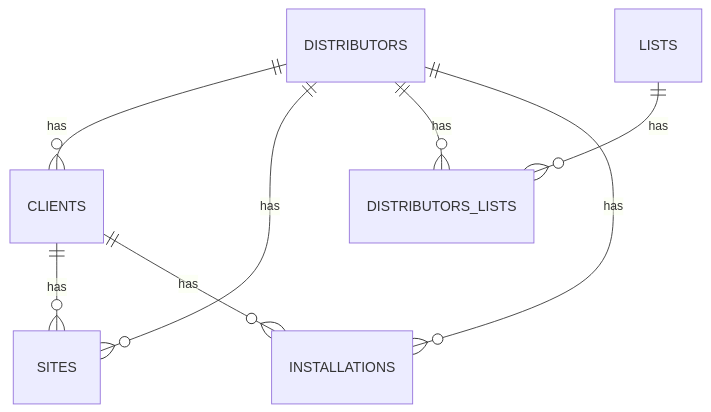
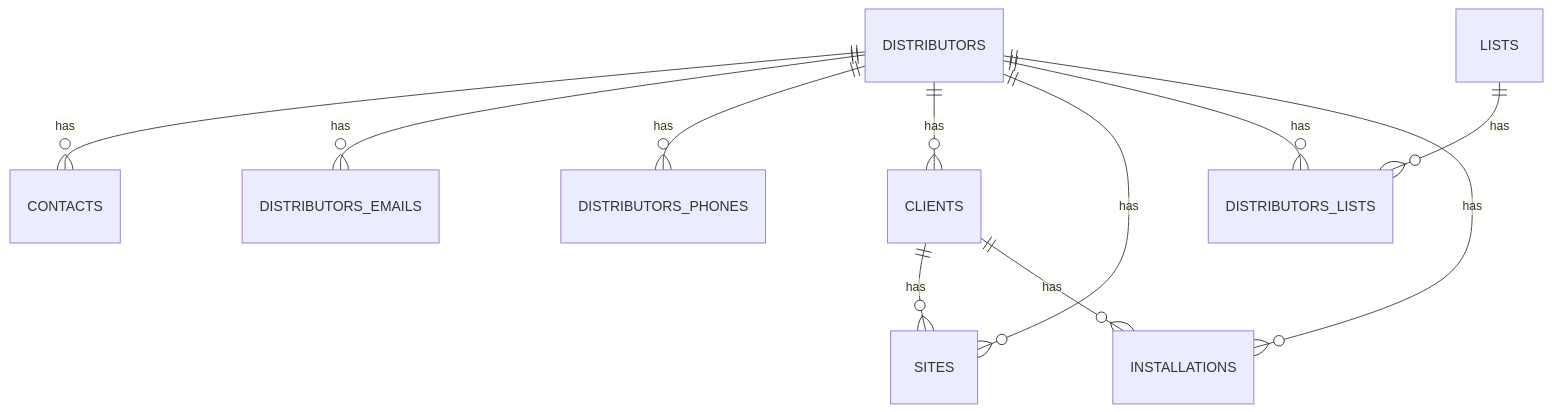
One commit to Juandiego001/lab-dental changed the second of 36 diagrams in docs/db/db.md. Above: the diagram before and after it, drawn with Mermaid. The commit also changed other lines of this file and 82 other files, not shown here.

````diff
--- a/docs/db/db.md
+++ b/docs/db/db.md
@@ -64,10 +68,13 @@
 ```mermaid
 erDiagram
+    DISTRIBUTORS ||--o{ CONTACTS : has
+    DISTRIBUTORS ||--o{ DISTRIBUTORS_EMAILS : has
+    DISTRIBUTORS ||--o{ DISTRIBUTORS_PHONES : has
     DISTRIBUTORS ||--o{ CLIENTS : has
     DISTRIBUTORS ||--o{ SITES : has
     CLIENTS ||--o{ SITES : has
     DISTRIBUTORS ||--o{ DISTRIBUTORS_LISTS : has
     LISTS ||--o{ DISTRIBUTORS_LISTS : has
     DISTRIBUTORS ||--o{ INSTALLATIONS : has
     CLIENTS ||--o{ INSTALLATIONS : has
 ```
````
